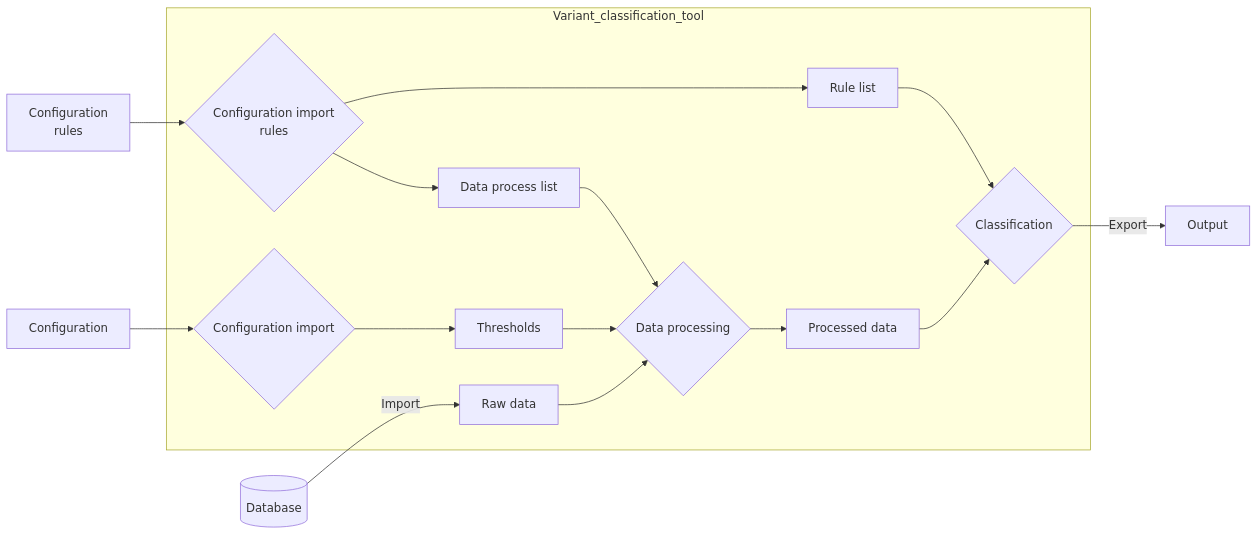
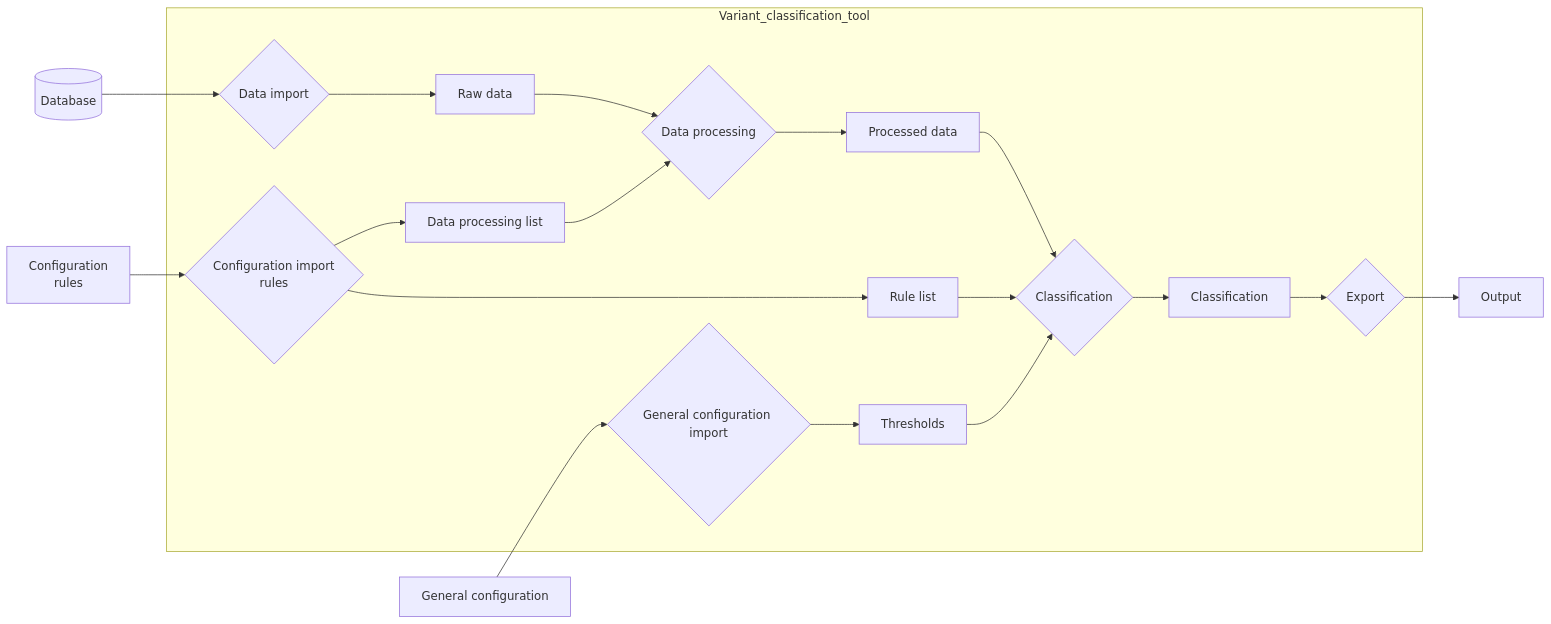
The first of 32 diagrams in Software_design/Mermaid.org (akatzke/HerediClassify), drawn with Mermaid before and after one commit. The commit also changed 1 other file, not shown here.

Commit message:
Refined overview software design

```diff
--- a/Software_design/Mermaid.org
+++ b/Software_design/Mermaid.org
@@ -6,20 +6,23 @@
 #+begin_src mermaid :file overview.png
 flowchart LR
-    DB[(Database)] -->|Import| RD[Raw data]
-    C["Configuration"] --> CI{"Configuration import"}
+    DB[(Database)] --> DI{"Data import"}
+    GC["General configuration"] --> CI{"General configuration import"}
     CR["Configuration
    rules"] --> CIR{"Configuration import
    rules"}
-    CL --> |Export| Output
+    EX --> Output
     subgraph Variant_classification_tool
         CI --> T[Thresholds]
+        DI --> RD[Raw data]
         RD -->DP{Data processing}
         DP --> PD[Processed data]
-        CIR --> PL[Data process list]
+        CIR --> PL[Data processing list]
         CIR --> RL[Rule list]
         PL --> DP
+        RL --> CL
+        T --> CL
         PD --> CL{Classification}
-        RL --> CL
-        T --> DP
+        CL --> C[Classification]
+        C --> EX{Export}
     end
 #+end_src
```
